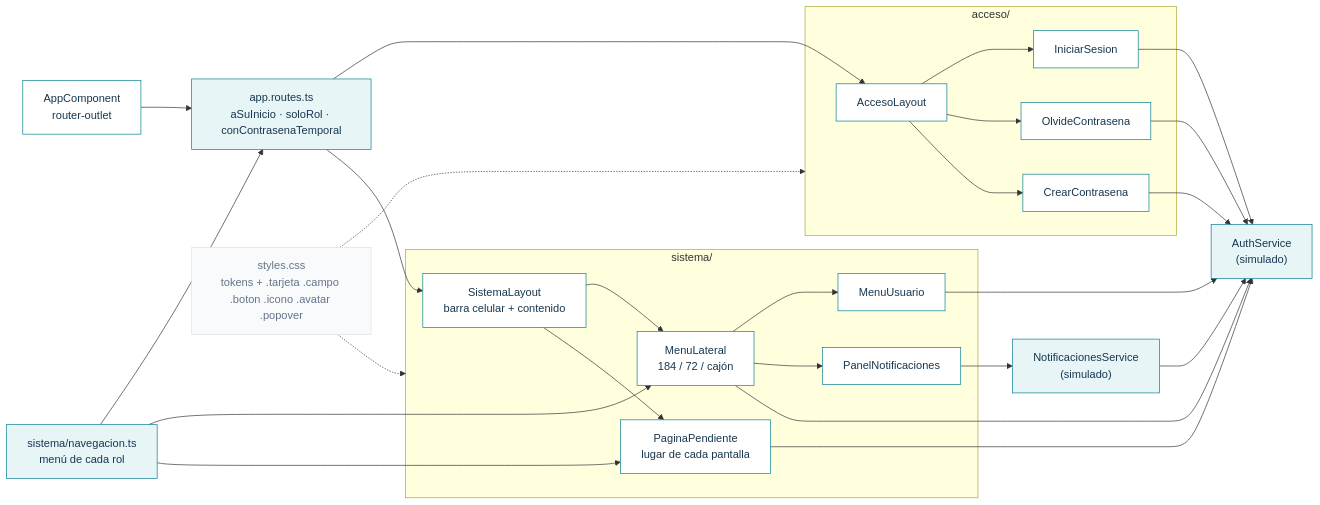
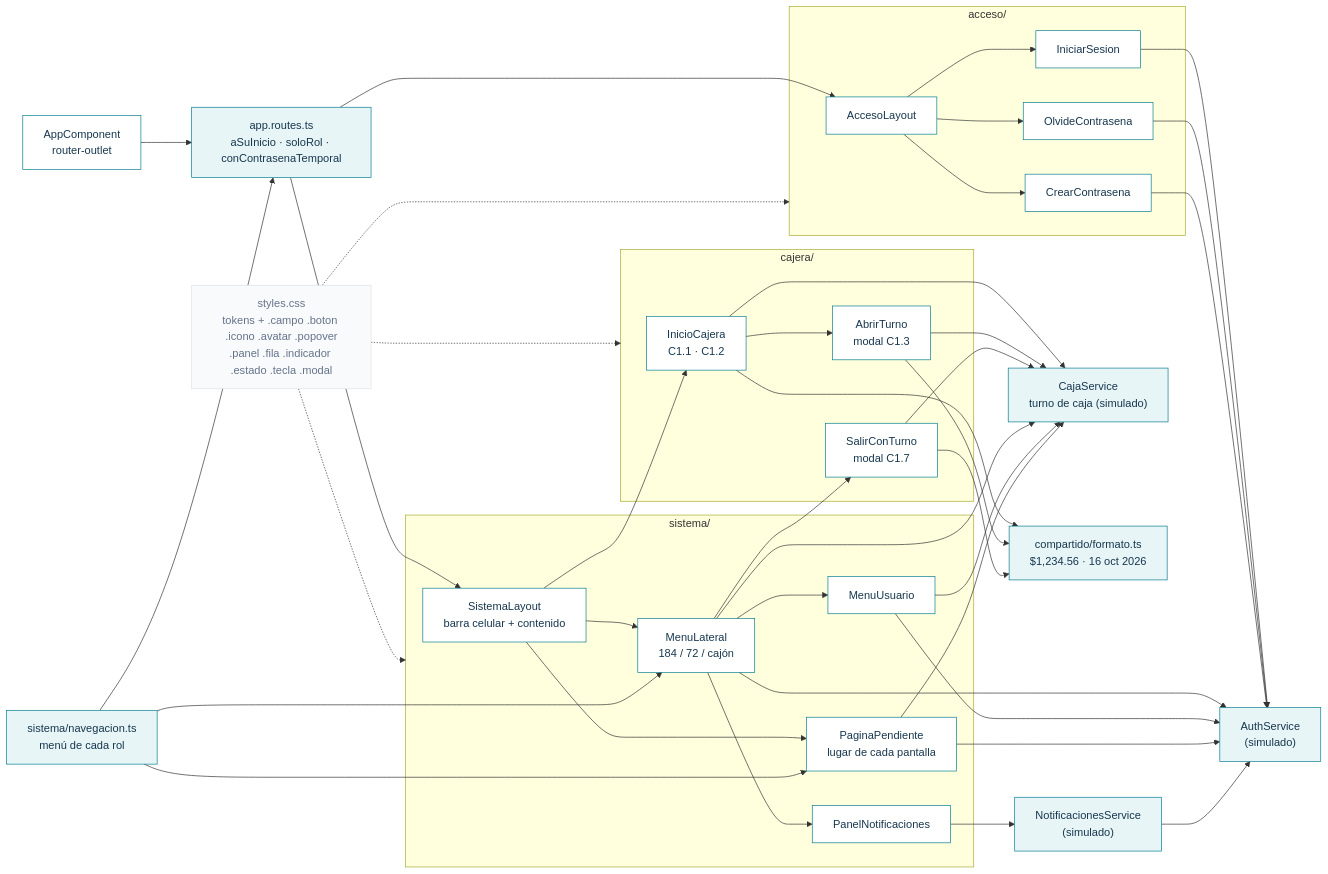
Before and after one commit to dianaaochoa/SHURI-Sistema-Gestion: the third of 3 diagrams in frontend/BITACORA.md, drawn with Mermaid. The commit also changed other lines of this file, not shown here.

Commit message:
docs(frontend): bitácora y grafos con el inicio de la cajera (C1)

````diff
--- a/frontend/BITACORA.md
+++ b/frontend/BITACORA.md
@@ -96,38 +99,50 @@
 ```mermaid
 flowchart LR
   classDef comp fill:#ffffff,stroke:#087f91,color:#17374e
   classDef serv fill:#e7f5f7,stroke:#087f91,color:#17374e
   classDef css fill:#f9fafb,stroke:#dce2e8,color:#64748b
 
   APP["AppComponent<br/>router-outlet"]:::comp
   RUT["app.routes.ts<br/>aSuInicio · soloRol · conContrasenaTemporal"]:::serv
   NAV["sistema/navegacion.ts<br/>menú de cada rol"]:::serv
 
   subgraph ACCESO["acceso/"]
     LAY["AccesoLayout"]:::comp
     IS["IniciarSesion"]:::comp
     OC["OlvideContrasena"]:::comp
     CC["CrearContrasena"]:::comp
   end
 
   subgraph SISTEMA["sistema/"]
     SL["SistemaLayout<br/>barra celular + contenido"]:::comp
     ML["MenuLateral<br/>184 / 72 / cajón"]:::comp
     MU["MenuUsuario"]:::comp
     PN["PanelNotificaciones"]:::comp
     PP["PaginaPendiente<br/>lugar de cada pantalla"]:::comp
   end
 
+  subgraph CAJERA["cajera/"]
+    IC["InicioCajera<br/>C1.1 · C1.2"]:::comp
+    AT["AbrirTurno<br/>modal C1.3"]:::comp
+    ST["SalirConTurno<br/>modal C1.7"]:::comp
+  end
+
   AUTH["AuthService<br/>(simulado)"]:::serv
   NOTS["NotificacionesService<br/>(simulado)"]:::serv
-  GLB["styles.css<br/>tokens + .tarjeta .campo .boton .icono .avatar .popover"]:::css
+  CAJA["CajaService<br/>turno de caja (simulado)"]:::serv
+  FMT["compartido/formato.ts<br/>$1,234.56 · 16 oct 2026"]:::serv
+  GLB["styles.css<br/>tokens + .campo .boton .icono .avatar .popover<br/>.panel .fila .indicador .estado .tecla .modal"]:::css
 
   APP --> RUT
   RUT --> LAY --> IS & OC & CC
   RUT --> SL --> ML --> MU & PN
-  SL --> PP
+  ML --> ST
+  SL --> PP & IC
+  IC --> AT
   NAV --> RUT & ML & PP
   IS & OC & CC & ML & MU & PP --> AUTH
   PN --> NOTS --> AUTH
-  GLB -.-> ACCESO & SISTEMA
+  IC & AT & ST & ML & MU & PP --> CAJA
+  IC & AT & ST --> FMT
+  GLB -.-> ACCESO & SISTEMA & CAJERA
 ```
````
